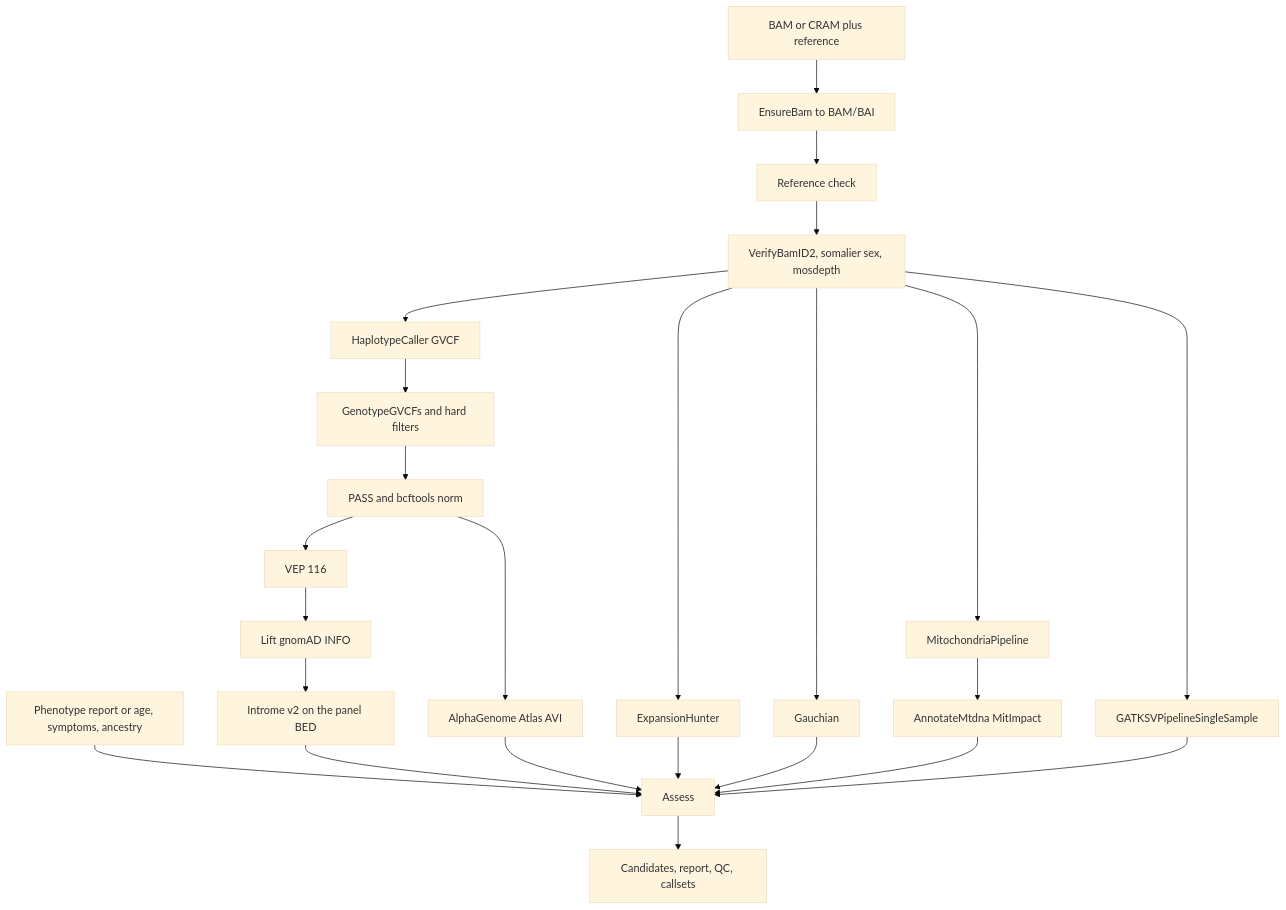
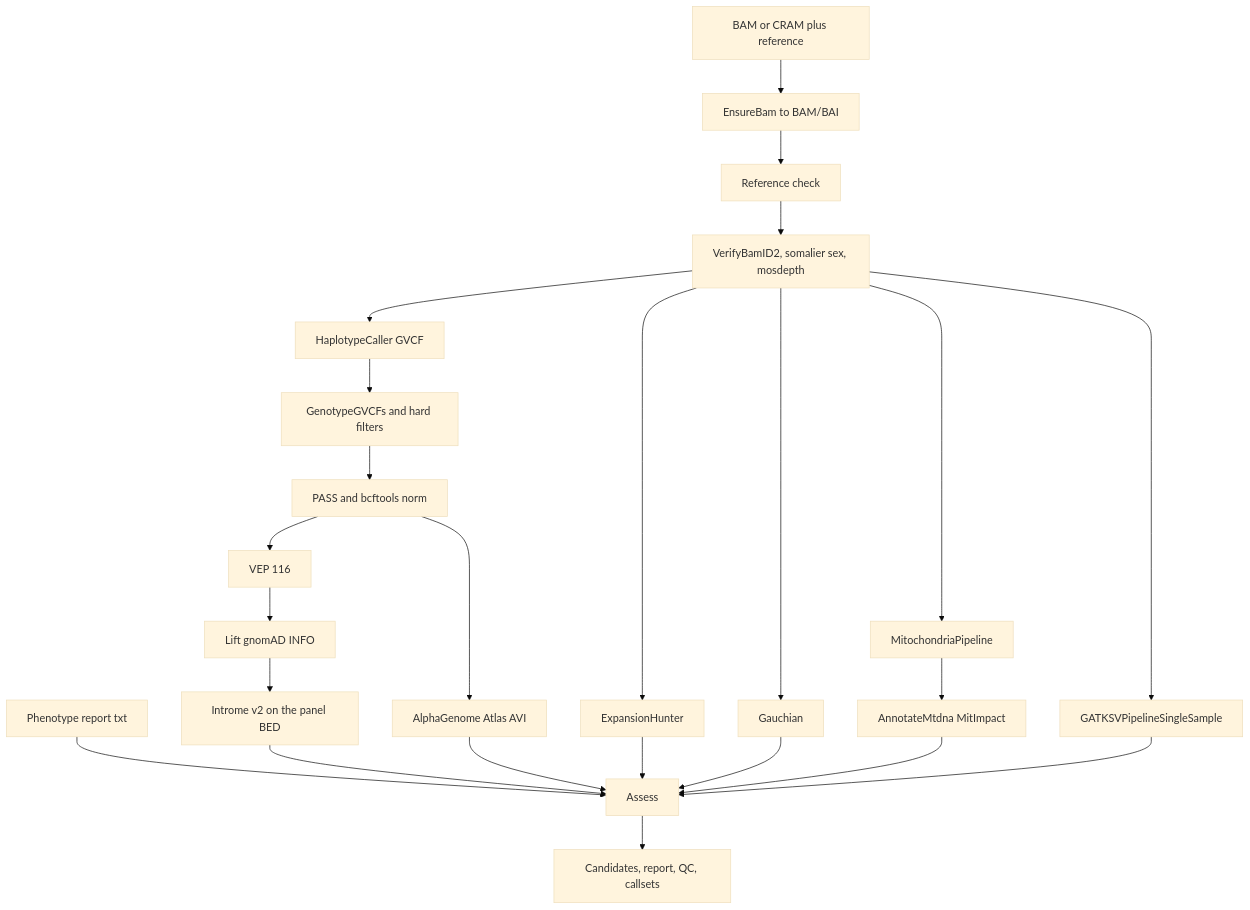
Before and after one commit to gqworks/pdsample-terra: the diagram in README.md, drawn with Mermaid (base theme). The commit also changed other lines of this file and 11 other files, not shown here.

Commit message:
Apply KRK phenotype profiles and take clinical fields only from phenotype_report.

````diff
--- a/README.md
+++ b/README.md
@@ -5,26 +5,26 @@
 ```mermaid
 flowchart TD
   bam[BAM or CRAM plus reference] --> ensure[EnsureBam to BAM/BAI]
   ensure --> check[Reference check]
   check --> qc[VerifyBamID2, somalier sex, mosdepth]
   qc --> hc[HaplotypeCaller GVCF]
   hc --> gt[GenotypeGVCFs and hard filters]
   gt --> norm[PASS and bcftools norm]
   norm --> vep[VEP 116]
   vep --> lift[Lift gnomAD INFO]
   lift --> introme[Introme v2 on the panel BED]
   norm --> avi[AlphaGenome Atlas AVI]
   qc --> eh[ExpansionHunter]
   qc --> gba[Gauchian]
   qc --> mito[MitochondriaPipeline]
   mito --> mitoAnn[AnnotateMtdna MitImpact]
   qc --> gatksv[GATKSVPipelineSingleSample]
-  pheno[Phenotype report or age, symptoms, ancestry] --> assess[Assess]
+  pheno[Phenotype report txt] --> assess[Assess]
   introme --> assess
   avi --> assess
   eh --> assess
   gba --> assess
   mitoAnn --> assess
   gatksv --> assess
   assess --> row[Candidates, report, QC, callsets]
 ```
````
